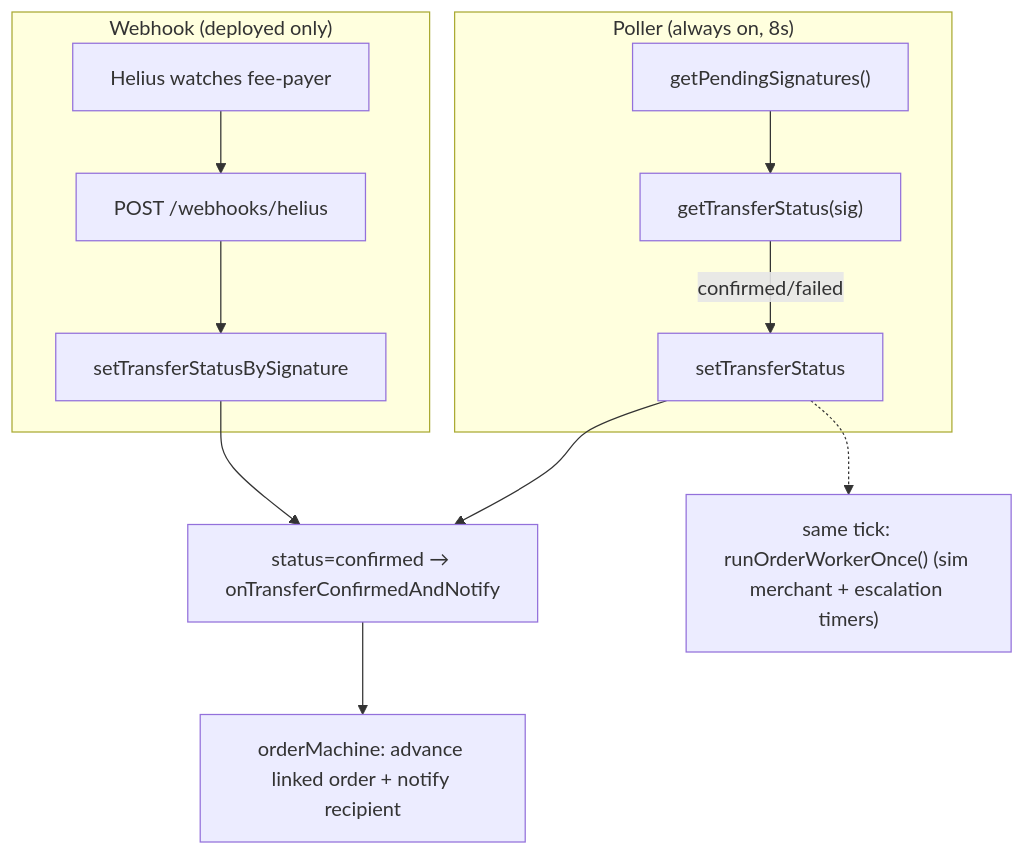
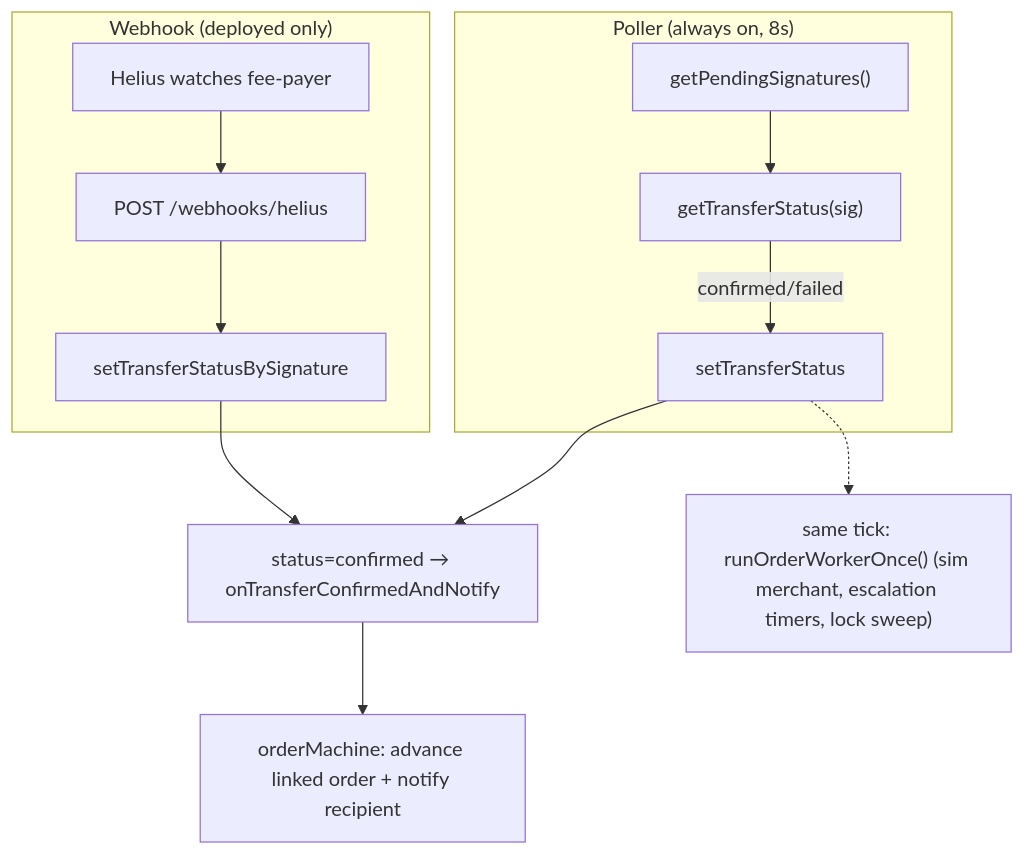
One commit to unabrijed/frenspay changed the third of 3 diagrams in monorepo/docs/03-custody-money-in-and-confirmation.md. Above: the diagram before and after it, drawn with Mermaid. The commit also changed other lines of this file and 11 other files, not shown here.

````diff
--- a/monorepo/docs/03-custody-money-in-and-confirmation.md
+++ b/monorepo/docs/03-custody-money-in-and-confirmation.md
@@ -158,15 +158,15 @@
 ```mermaid
 flowchart TB
     subgraph poll["Poller (always on, 8s)"]
       P1["getPendingSignatures()"] --> P2["getTransferStatus(sig)"]
       P2 -->|"confirmed/failed"| P3["setTransferStatus"]
     end
     subgraph push["Webhook (deployed only)"]
       H1["Helius watches fee-payer"] --> H2["POST /webhooks/helius"]
       H2 --> H3["setTransferStatusBySignature"]
     end
     P3 --> ADV
     H3 --> ADV["status=confirmed → onTransferConfirmedAndNotify"]
     ADV --> OM["orderMachine: advance linked order + notify recipient"]
-    P3 -.-> SM["same tick: runOrderWorkerOnce() (sim merchant + escalation timers)"]
+    P3 -.-> SM["same tick: runOrderWorkerOnce() (sim merchant, escalation timers, lock sweep)"]
 ```
````
